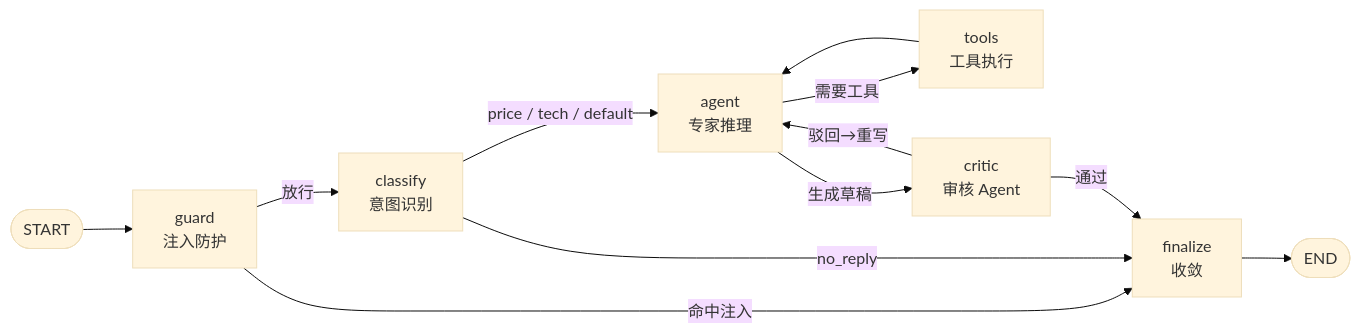
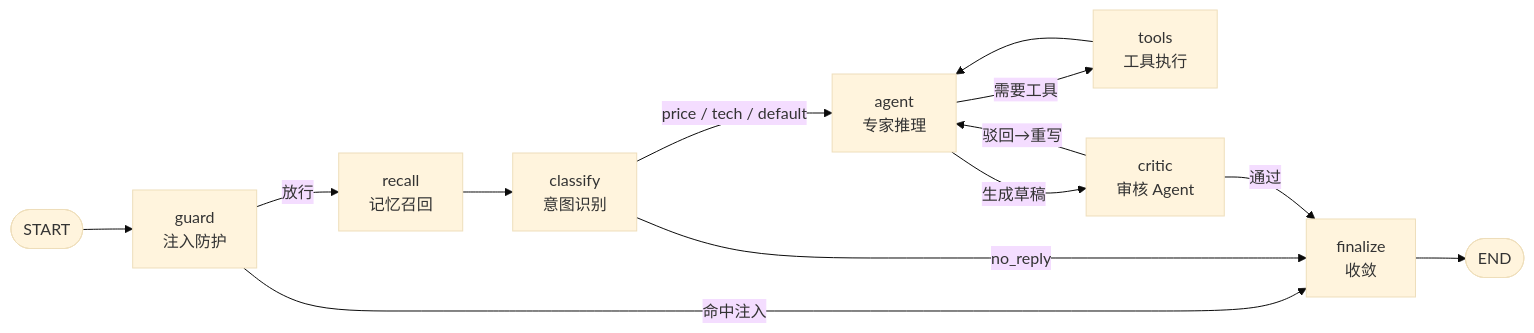
One commit to Xiao-Snake123/KoiAgent changed the diagram in README.md. Above: the diagram before and after it, drawn with Mermaid (base theme). The commit also changed other lines of this file and 33 other files, not shown here.

````diff
--- a/README.md
+++ b/README.md
@@ -32,14 +34,15 @@
 ```mermaid
 flowchart LR
     START([START]) --> G["guard<br/>注入防护"]
     G -->|"命中注入"| F["finalize<br/>收敛"]
-    G -->|"放行"| C["classify<br/>意图识别"]
+    G -->|"放行"| R["recall<br/>记忆召回"]
+    R --> C["classify<br/>意图识别"]
     C -->|"no_reply"| F
     C -->|"price / tech / default"| A["agent<br/>专家推理"]
     A -->|"需要工具"| T["tools<br/>工具执行"]
     T --> A
     A -->|"生成草稿"| K["critic<br/>审核 Agent"]
     K -->|"驳回→重写"| A
     K -->|"通过"| F
     F --> E([END])
 ```
````
